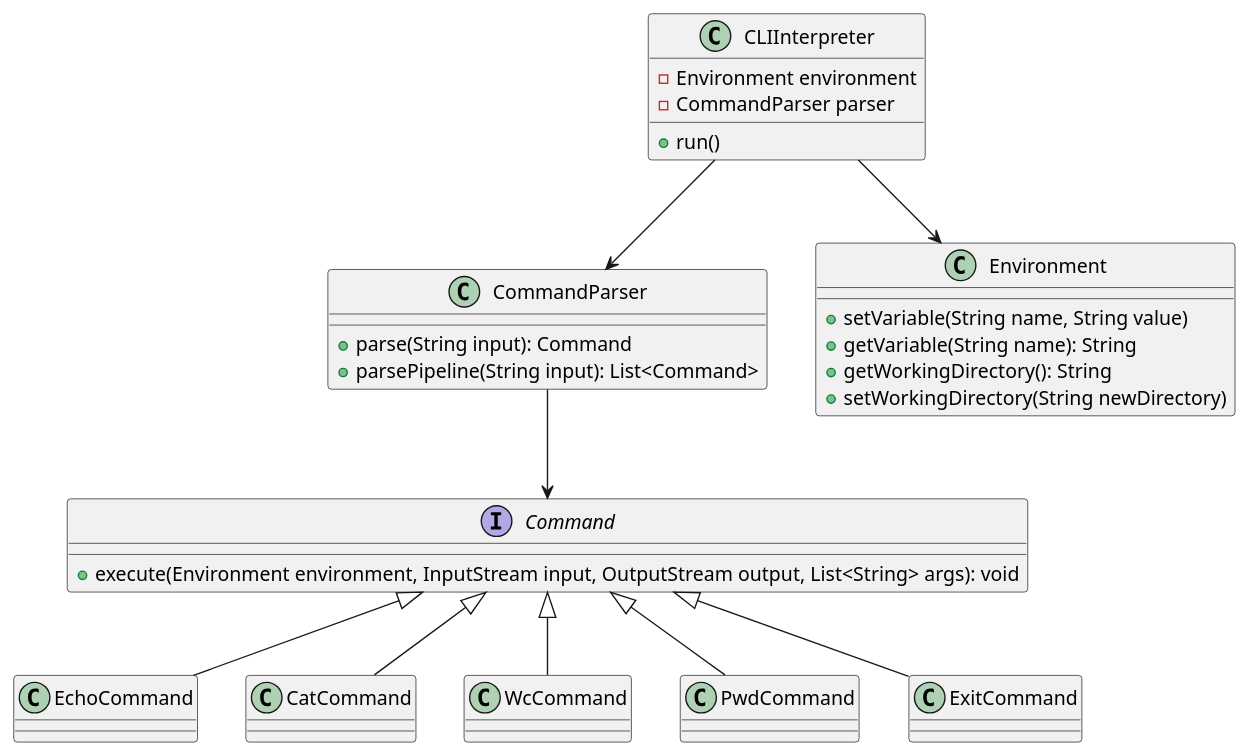
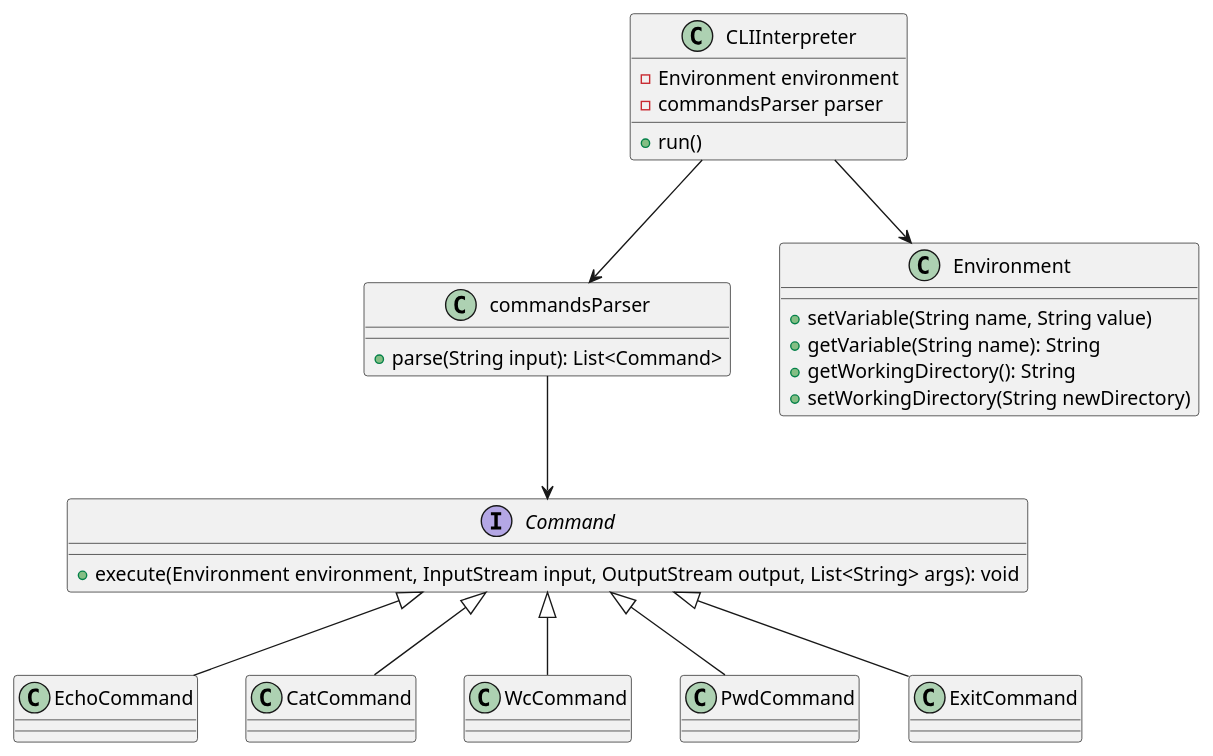
One commit to itmo-software-design/cli changed the diagram in docs/classes.puml. Above: the diagram before and after it, drawn with PlantUML. The commit also changed 10 other files, not shown here.

```diff
--- a/docs/classes.puml
+++ b/docs/classes.puml
@@ -1,43 +1,42 @@
 @startuml
 class CLIInterpreter {
     - Environment environment
-    - CommandParser parser
+    - commandsParser parser
     + run()
 }
 
-class CommandParser {
-    + parse(String input): Command
-    + parsePipeline(String input): List<Command>
+class commandsParser {
+    + parse(String input): List<Command>
 }
 
 class Environment {
     + setVariable(String name, String value)
     + getVariable(String name): String
     + getWorkingDirectory(): String
     + setWorkingDirectory(String newDirectory)
 }
 
 interface Command {
     + execute(Environment environment, InputStream input, OutputStream output, List<String> args): void
 }
 
 class EchoCommand
 
 class CatCommand
 
 class WcCommand
 
 class PwdCommand
 
 class ExitCommand
 
-CLIInterpreter --> CommandParser
+CLIInterpreter --> commandsParser
 CLIInterpreter --> Environment
-CommandParser --> Command
+commandsParser --> Command
 Command <|-- EchoCommand
 Command <|-- CatCommand
 Command <|-- WcCommand
 Command <|-- PwdCommand
 Command <|-- ExitCommand
 
 @enduml
```
